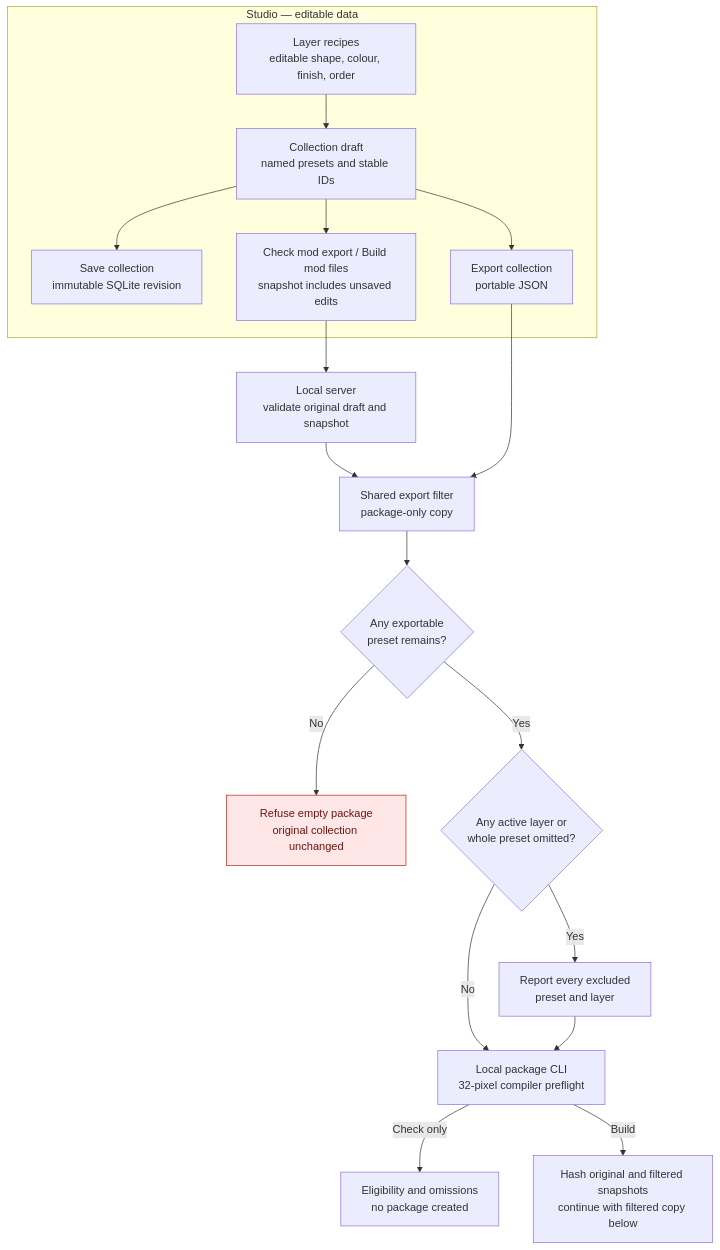
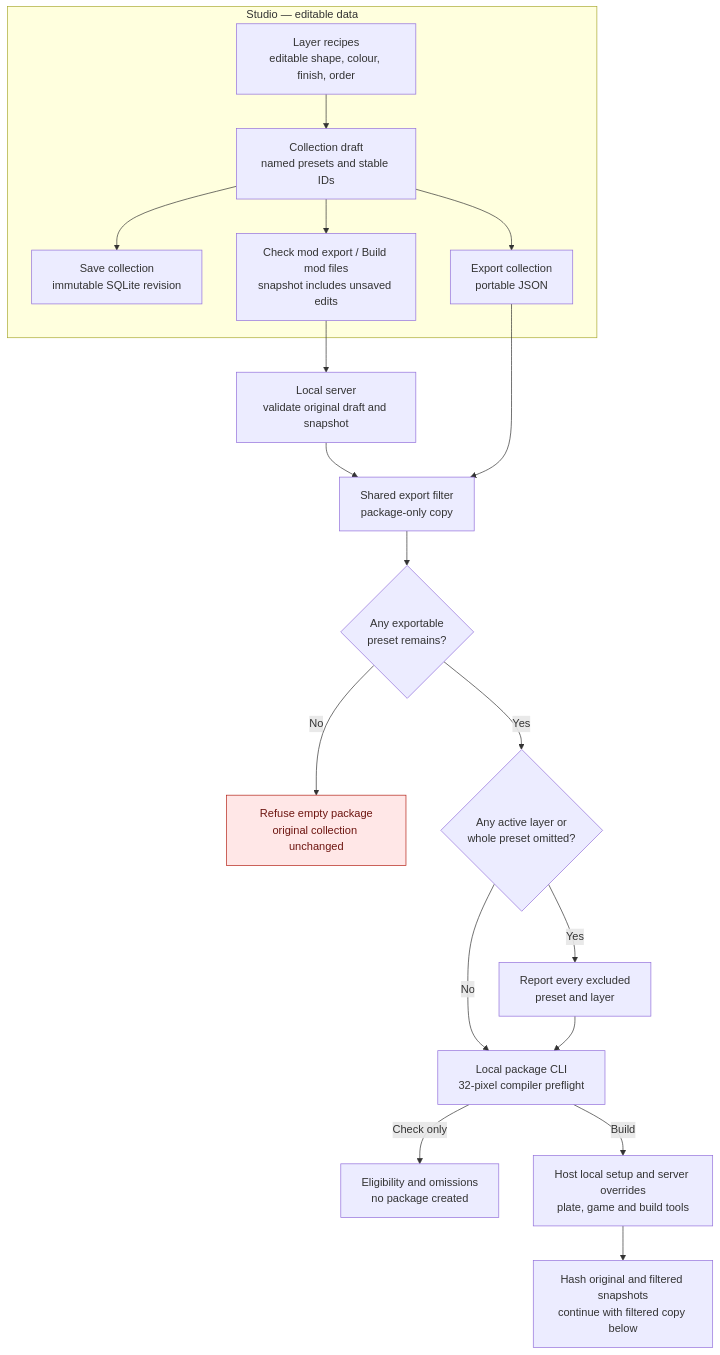
Before and after one commit to axefrog/xf-studio: the first of 3 diagrams in research/authoring/studio-to-mod-pipeline.md, drawn with Mermaid. The commit also changed other lines of this file and 17 other files, not shown here.

Commit message:
Connect local setup to package builds and Studio UI

````diff
--- a/research/authoring/studio-to-mod-pipeline.md
+++ b/research/authoring/studio-to-mod-pipeline.md
@@ -11,24 +11,25 @@
 ```mermaid
 flowchart TB
   subgraph editor["Studio — editable data"]
     recipe["Layer recipes<br/>editable shape, colour, finish, order"] --> draft["Collection draft<br/>named presets and stable IDs"]
     draft --> sqlite["Save collection<br/>immutable SQLite revision"]
     draft --> export["Export collection<br/>portable JSON"]
     draft --> ui["Check mod export / Build mod files<br/>snapshot includes unsaved edits"]
   end
 
   ui --> server["Local server<br/>validate original draft and snapshot"]
   server --> filter["Shared export filter<br/>package-only copy"]
   export --> filter
   filter --> decision{"Any exportable<br/>preset remains?"}
   decision -- No --> reject["Refuse empty package<br/>original collection unchanged"]
   decision -- Yes --> omitted{"Any active layer or<br/>whole preset omitted?"}
   omitted -- Yes --> warn["Report every excluded<br/>preset and layer"]
   omitted -- No --> cli["Local package CLI<br/>32-pixel compiler preflight"]
   warn --> cli
   cli -- Check only --> ready["Eligibility and omissions<br/>no package created"]
-  cli -- Build --> snapshot["Hash original and filtered snapshots<br/>continue with filtered copy below"]
+  cli -- Build --> setup["Host local setup and server overrides<br/>plate, game and build tools"]
+  setup --> snapshot["Hash original and filtered snapshots<br/>continue with filtered copy below"]
 
   classDef blocked fill:#ffe7e7,stroke:#b42318,color:#6e1611;
   class reject blocked;
 ```
````
